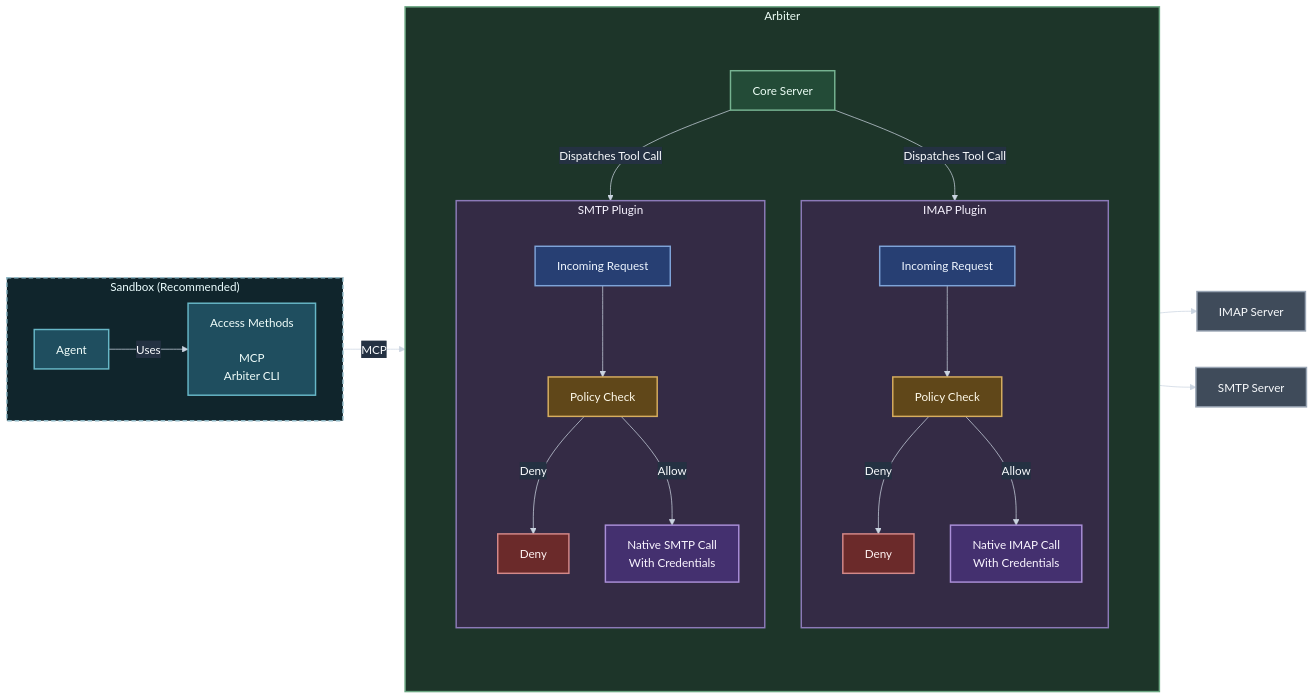
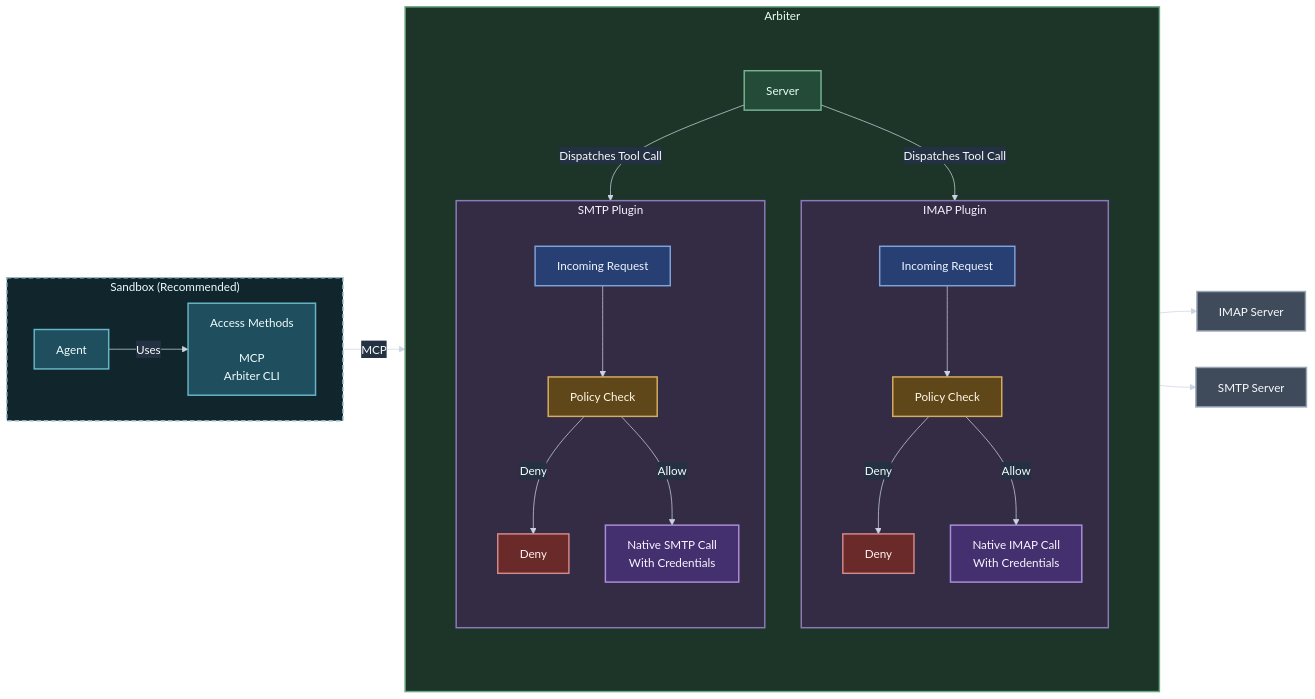
Before and after one commit to omry/arbiter: the diagram in website/docs/intro.md, drawn with Mermaid. The commit also changed other lines of this file and 194 other files, not shown here.

````diff
--- a/website/docs/intro.md
+++ b/website/docs/intro.md
@@ -22,75 +22,75 @@
 ```mermaid
 %%{init: {"theme": "base", "themeVariables": {"background": "transparent", "primaryTextColor": "#f8fafc", "lineColor": "#cbd5e1", "edgeLabelBackground": "#243142", "fontFamily": "Inter, ui-sans-serif, system-ui"}}}%%
 flowchart LR
   subgraph sandbox["Sandbox (Recommended)"]
     direction LR
     agent[Agent]
     access["Access Methods<br/><br/>MCP<br/>Arbiter CLI"]
 
     agent -- Uses --> access
   end
 
   subgraph arbiterRuntime[Arbiter]
     direction TB
 
     subgraph arbiterContent[" "]
       direction TB
-      arbiter[Core Server]
+      arbiter[Server]
 
       subgraph imapPlugin[IMAP Plugin]
         direction TB
         imapIncoming[Incoming Request]
         imapPolicy[Policy Check]
         imapDeny[Deny]
         imapForward[Native IMAP Call<br/>With Credentials]
 
         imapIncoming --> imapPolicy
         imapPolicy -- Deny --> imapDeny
         imapPolicy -- Allow --> imapForward
       end
 
       subgraph smtpPlugin[SMTP Plugin]
         direction TB
         smtpIncoming[Incoming Request]
         smtpPolicy[Policy Check]
         smtpDeny[Deny]
         smtpForward[Native SMTP Call<br/>With Credentials]
 
         smtpIncoming --> smtpPolicy
         smtpPolicy -- Deny --> smtpDeny
         smtpPolicy -- Allow --> smtpForward
       end
     end
   end
 
   imapServer[IMAP Server]
   smtpServer[SMTP Server]
 
   access -- MCP --> arbiter
   arbiter -- Dispatches Tool Call --> imapIncoming
   arbiter -- Dispatches Tool Call --> smtpIncoming
   imapForward --> imapServer
   smtpForward --> smtpServer
 
   classDef accessNode fill:#1f4e5f,stroke:#67b7c7,color:#f0fdfa,stroke-width:2px
   classDef coreNode fill:#234b37,stroke:#76b391,color:#ecfdf5,stroke-width:2px
   classDef requestNode fill:#273f73,stroke:#7ea3d8,color:#eff6ff,stroke-width:2px
   classDef policyNode fill:#604719,stroke:#d7ae5f,color:#fffbeb,stroke-width:2px
   classDef denyNode fill:#6b2a2a,stroke:#d48989,color:#fef2f2,stroke-width:2px
   classDef forwardNode fill:#44306f,stroke:#aa8fd8,color:#faf5ff,stroke-width:2px
   classDef serviceNode fill:#3f4b5a,stroke:#98a4b3,color:#f8fafc,stroke-width:2px
 
   class agent,access accessNode
   class arbiter coreNode
   class imapIncoming,smtpIncoming requestNode
   class imapPolicy,smtpPolicy policyNode
   class imapDeny,smtpDeny denyNode
   class imapForward,smtpForward forwardNode
   class imapServer,smtpServer serviceNode
 
   style sandbox fill:#10252c,stroke:#8fb8c5,stroke-width:2px,stroke-dasharray: 6 4,color:#ecfeff
   style arbiterRuntime fill:#1d3529,stroke:#6ca783,stroke-width:2px,color:#ecfdf5
   style arbiterContent fill:transparent,stroke:transparent,color:transparent
   style imapPlugin fill:#342b45,stroke:#8c7ab8,stroke-width:2px,color:#f7f3ff
   style smtpPlugin fill:#342b45,stroke:#8c7ab8,stroke-width:2px,color:#f7f3ff
 ```
````
